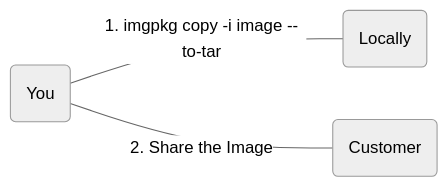
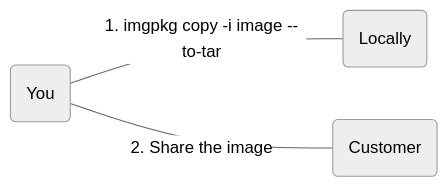
The third of 5 diagrams in post/sharing-container-images-using-the-docker-cli-or-carvels-imgpkg/index.md (rguske/rguske.github.io), drawn with Mermaid (neutral theme) before and after one commit. The commit also changed other lines of this file and 3 other files, not shown here.

```diff
--- a/post/sharing-container-images-using-the-docker-cli-or-carvels-imgpkg/index.md
+++ b/post/sharing-container-images-using-the-docker-cli-or-carvels-imgpkg/index.md
@@ -215,5 +215,5 @@
 {{< mermaid >}}
 graph LR;
     A( You ) ---| 1. imgpkg copy -i image --to-tar | B( Locally )
-    A ---| 2. Share the Image | C( Customer )
+    A ---| 2. Share the image | C( Customer )
 {{< /mermaid >}}
```
